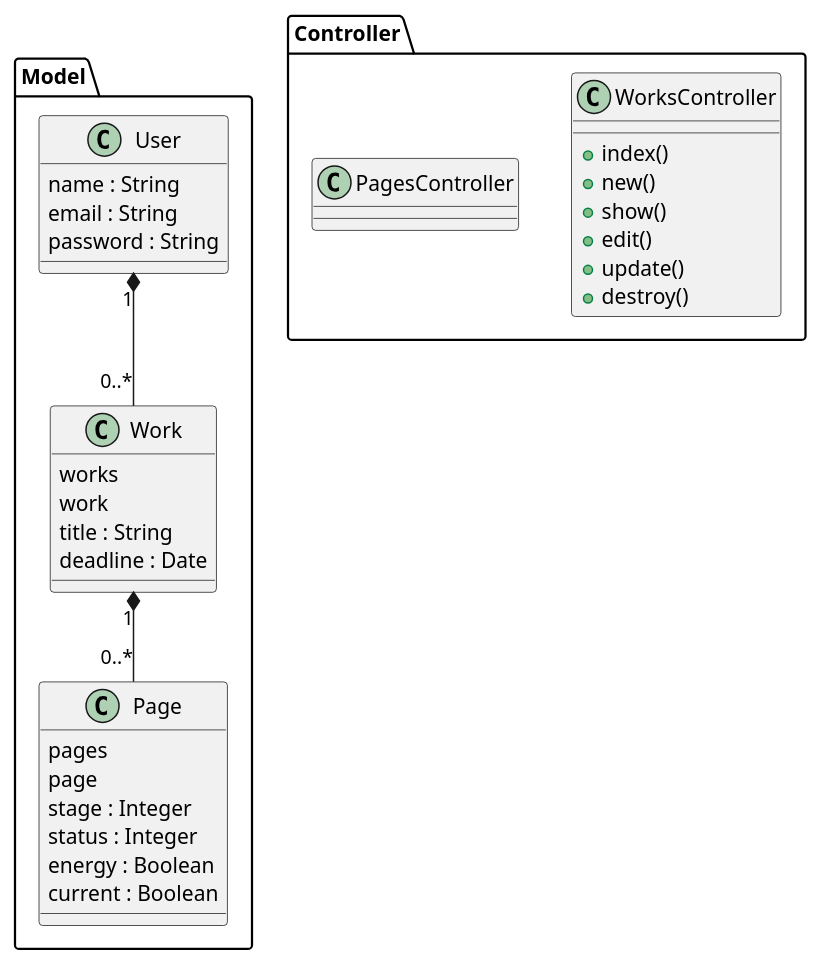
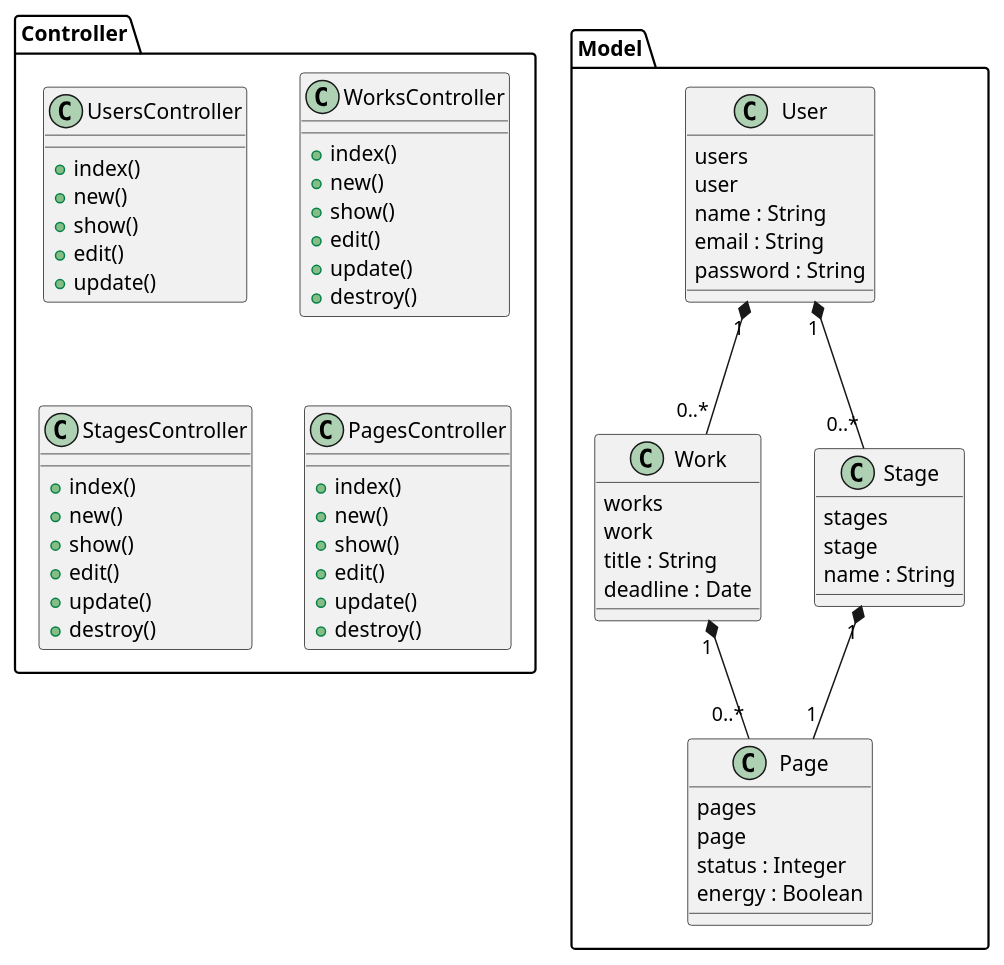
One commit to UsaMomokawa/gen changed the diagram in gen.wsd. Above: the diagram before and after it, drawn with PlantUML.

Commit message:
UML図を修正

```diff
--- a/gen.wsd
+++ b/gen.wsd
@@ -1,43 +1,74 @@
 @startuml
 folder Model {
   User "1" *-- "0..*" Work
+  User "1" *-- "0..*" Stage
   Work "1" *-- "0..*" Page
+  Stage "1" *-- "1" Page
 
   class User {
+    users
+    user
     name : String
     email : String
     password : String
   }
 
   class Work {
     works
     work
     title : String
     deadline : Date
   }
 
   class Page {
     pages
     page
-    stage : Integer
     status : Integer
     energy : Boolean
-    current : Boolean
+  }
+
+  class Stage {
+    stages
+    stage
+    name : String
   }
 }
 
 folder Controller {
+  class UsersController {
+    +index()
+    +new()
+    +show()
+    +edit()
+    +update()
+  }
+
   class WorksController {
     +index()
     +new()
     +show()
     +edit()
     +update()
     +destroy()
   }
 
+  class StagesController {
+    +index()
+    +new()
+    +show()
+    +edit()
+    +update()
+    +destroy()
+  }
+
   class PagesController {
+    +index()
+    +new()
+    +show()
+    +edit()
+    +update()
+    +destroy()
   }
 }
 
 @enduml
```
